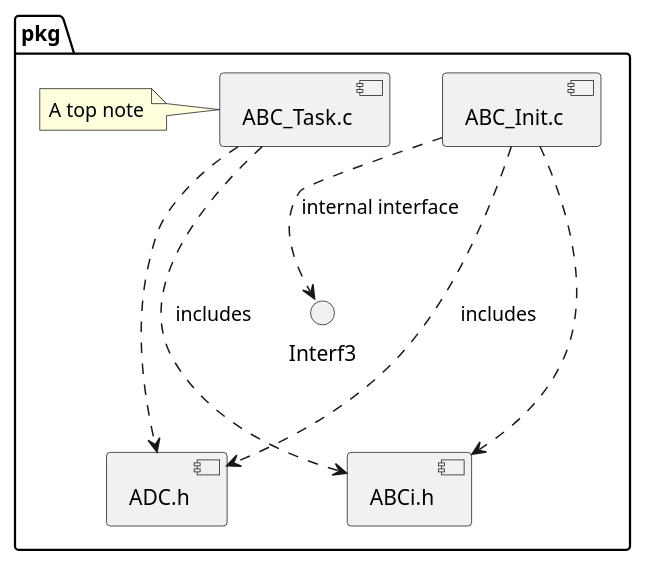
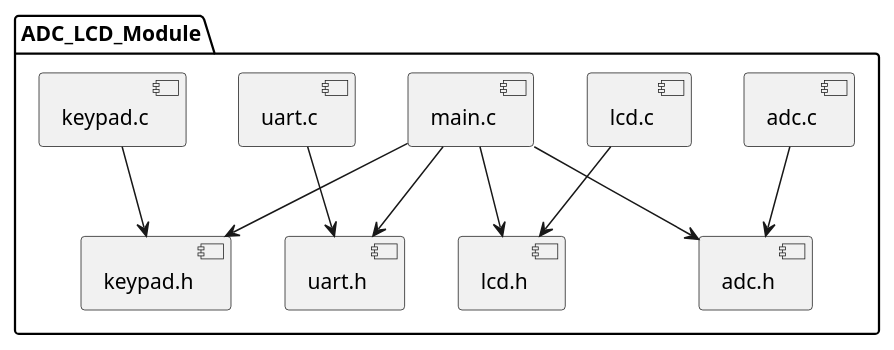
The third of 3 diagrams in design/project_design_tpl.md (sseifsalama/ADC-LCD-Interface), drawn with PlantUML before and after one commit. The commit also changed other lines of this file, not shown here.

````diff
--- a/design/project_design_tpl.md
+++ b/design/project_design_tpl.md
@@ -98,13 +102,14 @@
 ```plantuml
 @startuml
-package "pkg" {
-    [ABC_Init.c].>[ADC.h] : includes
-    [ABC_Init.c]...>[ABCi.h]
-    [ABC_Task.c]...>[ADC.h]
-    [ABC_Task.c]...>[ABCi.h] : includes
-    interface Interf3
-    note left of ABC_Task.c: A top note
-    ABC_Init.c ..> Interf3 : internal interface
+package "ADC_LCD_Module" {
+    [adc.c] --> [adc.h]
+    [lcd.c] --> [lcd.h]
+    [uart.c] --> [uart.h]
+    [keypad.c] --> [keypad.h]
+    [main.c] --> [adc.h]
+    [main.c] --> [lcd.h]
+    [main.c] --> [uart.h]
+    [main.c] --> [keypad.h]
 }
 @enduml
 ```
````
